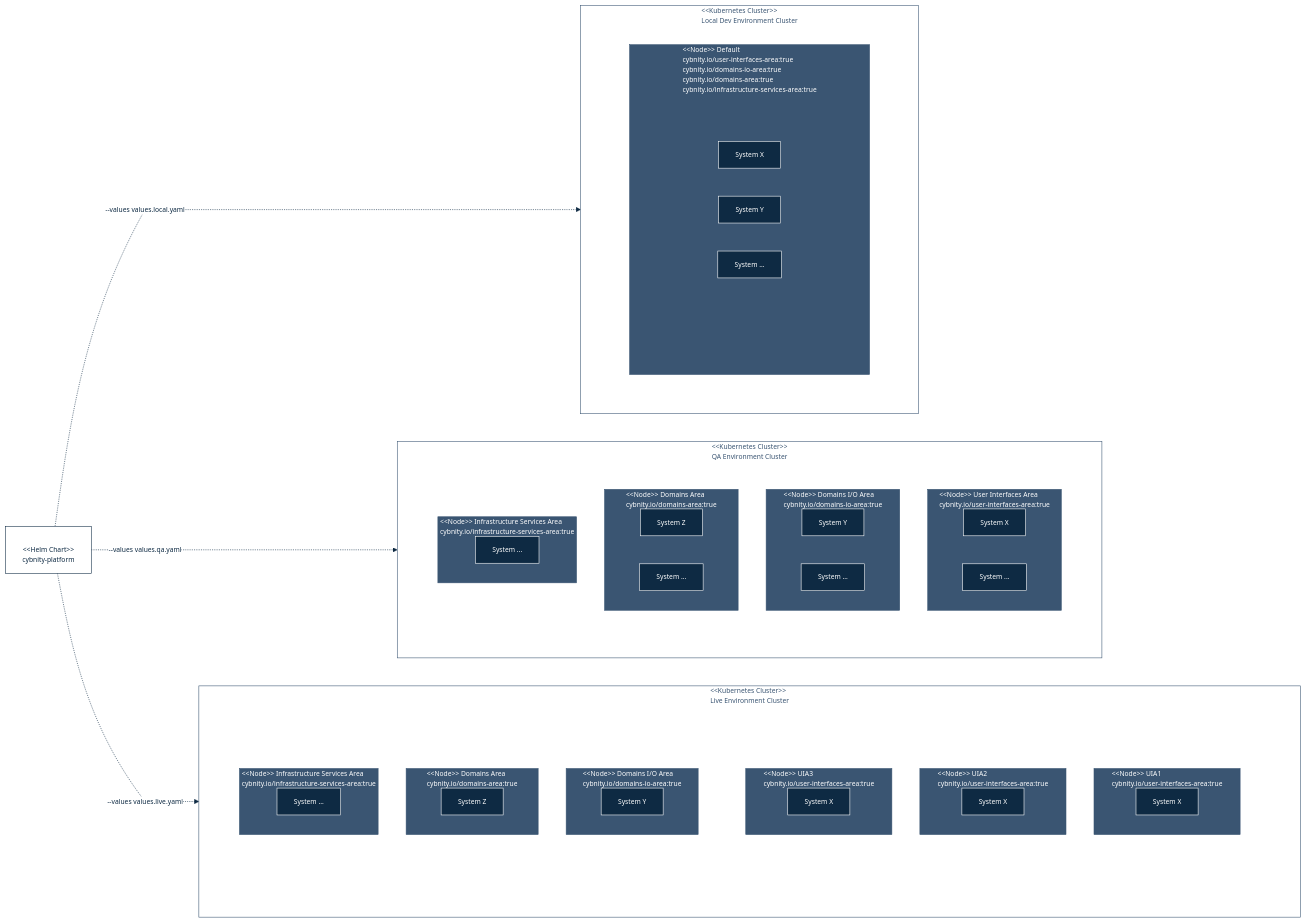
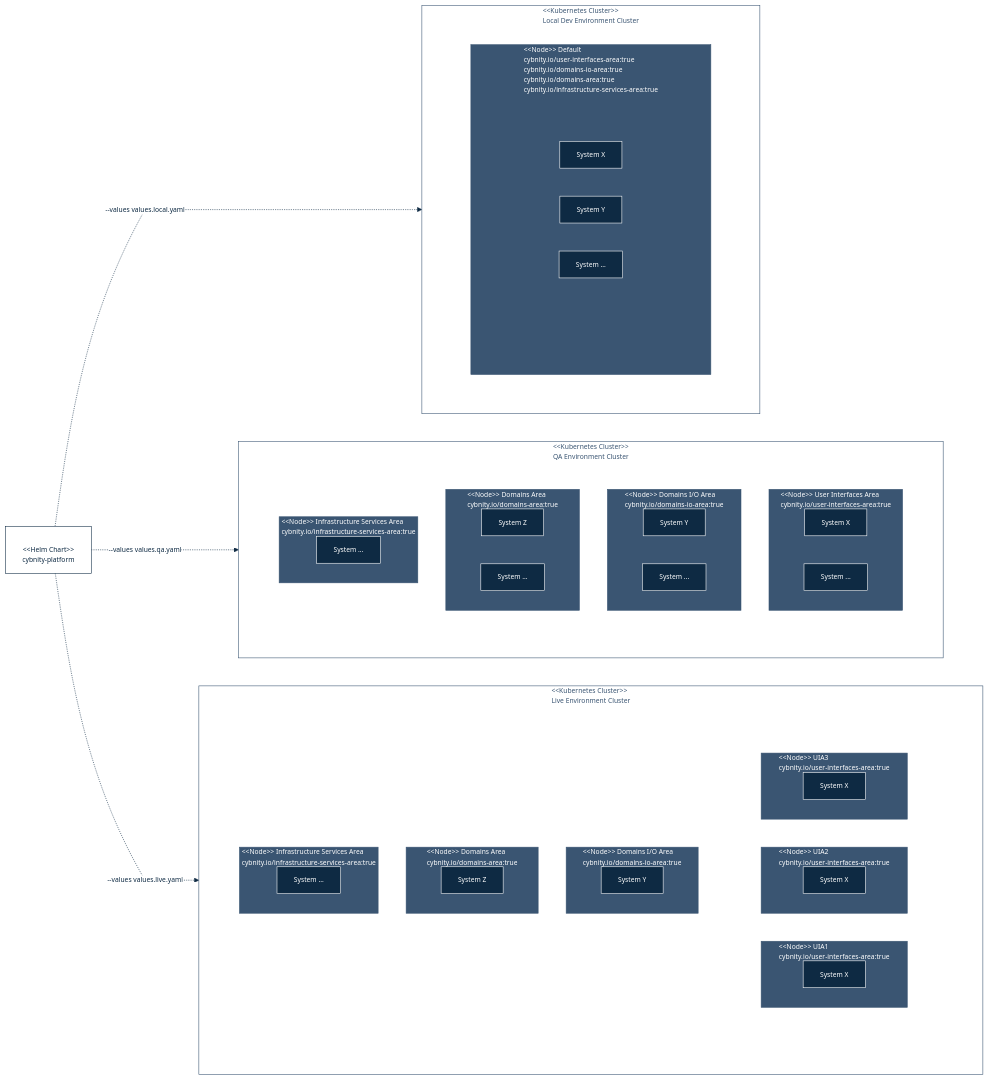
One commit to doneisgood/iac-helm-charts changed the first of 2 diagrams in cybnity-platform/README.md. Above: the diagram before and after it, drawn with Mermaid.

```diff
--- a/cybnity-platform/README.md
+++ b/cybnity-platform/README.md
@@ -146,7 +146,7 @@
       subgraph layerset3[" "]
          direction TB
          subgraph layerset31[" "]
-            direction TB
+            direction LR
             subgraph ui3[" #60;#60;Node#62;#62; UIA1 \n cybnity.io/user-interfaces-area:true "]
                   direction LR
                   systemx3["System X"]
```
